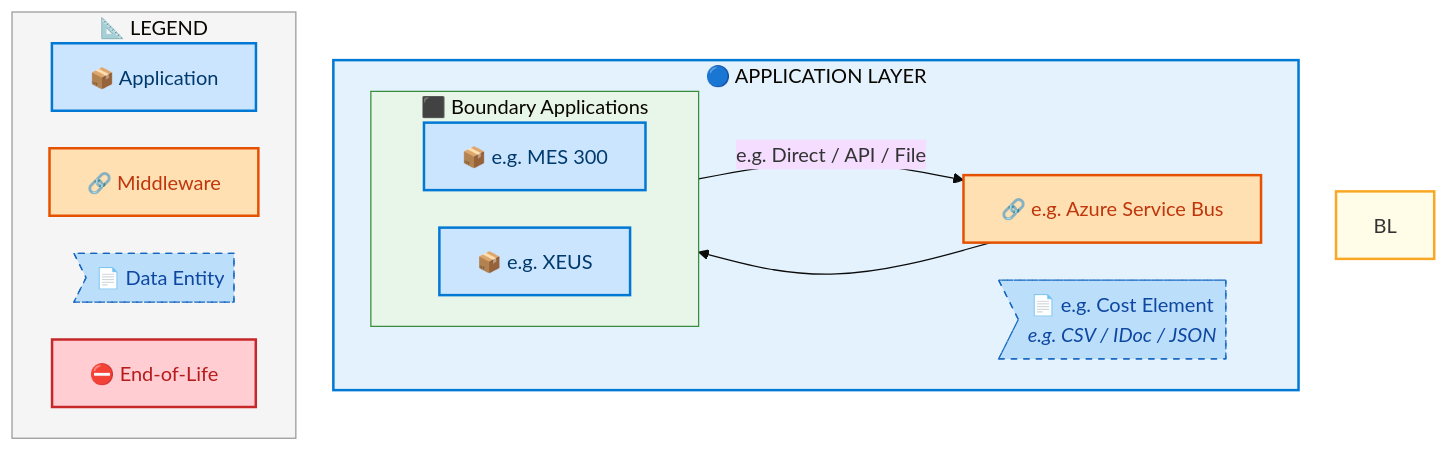
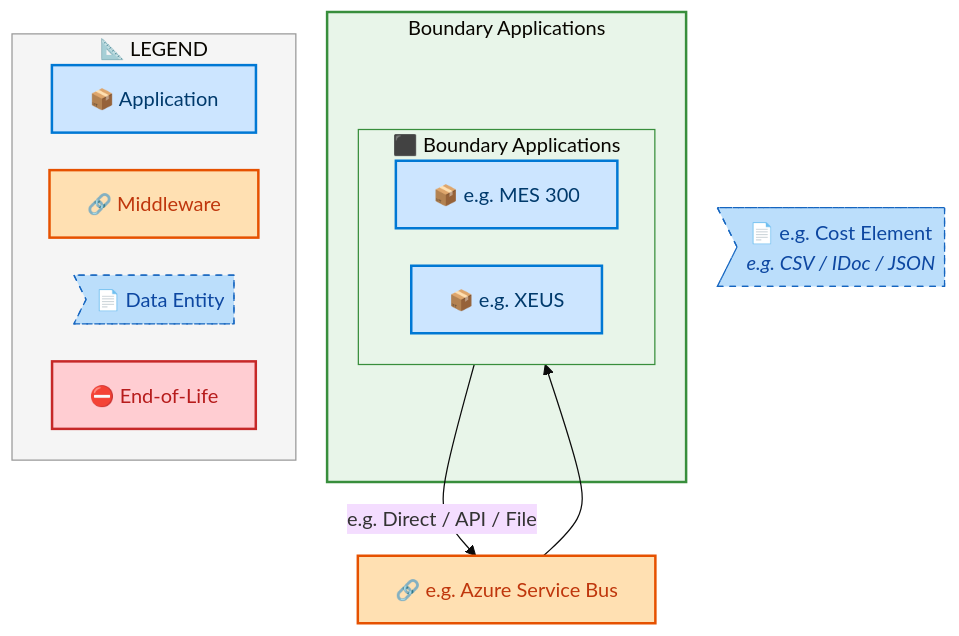
One commit to sajivfrancis777/IAO-Architecture changed the sixth of 8 diagrams in towers/E2E/Procure to Pay/E2E-115/output/docs/systems-architecture/E2E-115-Architecture.md. Above: the diagram before and after it, drawn with Mermaid. The commit also changed other lines of this file and 106 other files, not shown here.

First line of the commit message:
feat: tier-grouped swim lane layout for architecture diagrams

````diff
--- a/towers/E2E/Procure to Pay/E2E-115/output/docs/systems-architecture/E2E-115-Architecture.md
+++ b/towers/E2E/Procure to Pay/E2E-115/output/docs/systems-architecture/E2E-115-Architecture.md
@@ -694,41 +693,40 @@
 ```mermaid
 %%{init: {"theme": "base", "securityLevel": "loose", "themeVariables": {"fontSize": "16px", "fontFamily": "Segoe UI, Arial, sans-serif"}, "flowchart": {"useMaxWidth": false, "htmlLabels": true, "nodeSpacing": 30, "rankSpacing": 35}} }%%
 flowchart TB
     %% -- ArchiMate 3.2 + Azure style classes --
     classDef business      fill:#FFFFB3,stroke:#F9A825,stroke-width:2px,color:#000
     classDef app           fill:#CCE5FF,stroke:#0078D4,stroke-width:2px,color:#003A6C
     classDef data          fill:#BBDEFB,stroke:#1565C0,stroke-width:1px,color:#0D47A1,stroke-dasharray: 5 5
     classDef middleware    fill:#FFE0B2,stroke:#E65100,stroke-width:2px,color:#BF360C
     classDef eol           fill:#FFCDD2,stroke:#C62828,stroke-width:2px,color:#B71C1C
     classDef saas          fill:#E1BEE7,stroke:#7B1FA2,stroke-width:2px,color:#4A148C
     classDef cloud         fill:#BBDEFB,stroke:#1565C0,stroke-width:2px,color:#0D47A1
     classDef onprem        fill:#C8E6C9,stroke:#2E7D32,stroke-width:2px,color:#1B5E20
 
-    subgraph AL["🔵 APPLICATION LAYER"]
+    subgraph E2E115FT_Boundary_Applications["Boundary Applications"]
         subgraph E2E115FLN_Boundary_Applications[" ⬛ Boundary Applications"]
             direction LR
             E2E115F_e_g_MES_300["📦 e.g. MES 300"]:::app
             E2E115F_e_g_XEUS["📦 e.g. XEUS"]:::app
         end
-        E2E115FMW_e_g_Azure_Service_Bus["🔗 e.g. Azure Service Bus"]:::middleware
-        E2E115FDE_e_g_Cost_Element>"📄 e.g. Cost Element<br/><i>e.g. CSV / IDoc / JSON</i>"]:::data
     end
+
+    E2E115FMW_e_g_Azure_Service_Bus["🔗 e.g. Azure Service Bus"]:::middleware
+    E2E115FDE_e_g_Cost_Element>"📄 e.g. Cost Element<br/><i>e.g. CSV / IDoc / JSON</i>"]:::data
 
     E2E115F_e_g_MES_300 -->|"e.g. Direct / API / File"| E2E115FMW_e_g_Azure_Service_Bus
     E2E115FMW_e_g_Azure_Service_Bus --> E2E115F_e_g_XEUS
 
 
-    style BL fill:#FFFDE7,stroke:#F9A825,stroke-width:2px
-    style AL fill:#E3F2FD,stroke:#0078D4,stroke-width:2px
-
+    style E2E115FT_Boundary_Applications fill:#E8F5E9,stroke:#388E3C,stroke-width:2px
     style E2E115FLN_Boundary_Applications fill:#E8F5E9,stroke:#388E3C,stroke-width:1px
 
     subgraph Legend["📐 LEGEND"]
         direction LR
         L_APP["📦 Application"]:::app
         L_MW["🔗 Middleware"]:::middleware
         L_DE>"📄 Data Entity"]:::data
         L_EOL["⛔ End-of-Life"]:::eol
     end
     style Legend fill:#F5F5F5,stroke:#999,stroke-width:1px
 ```
````
